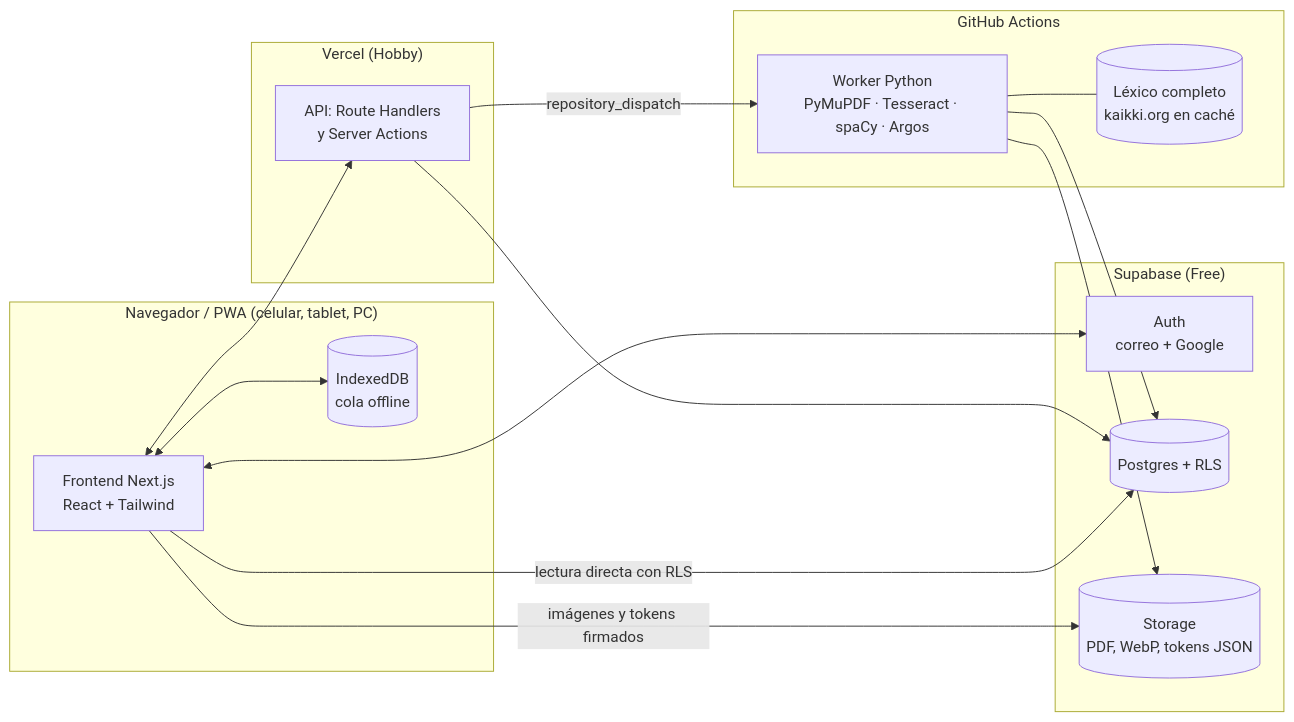
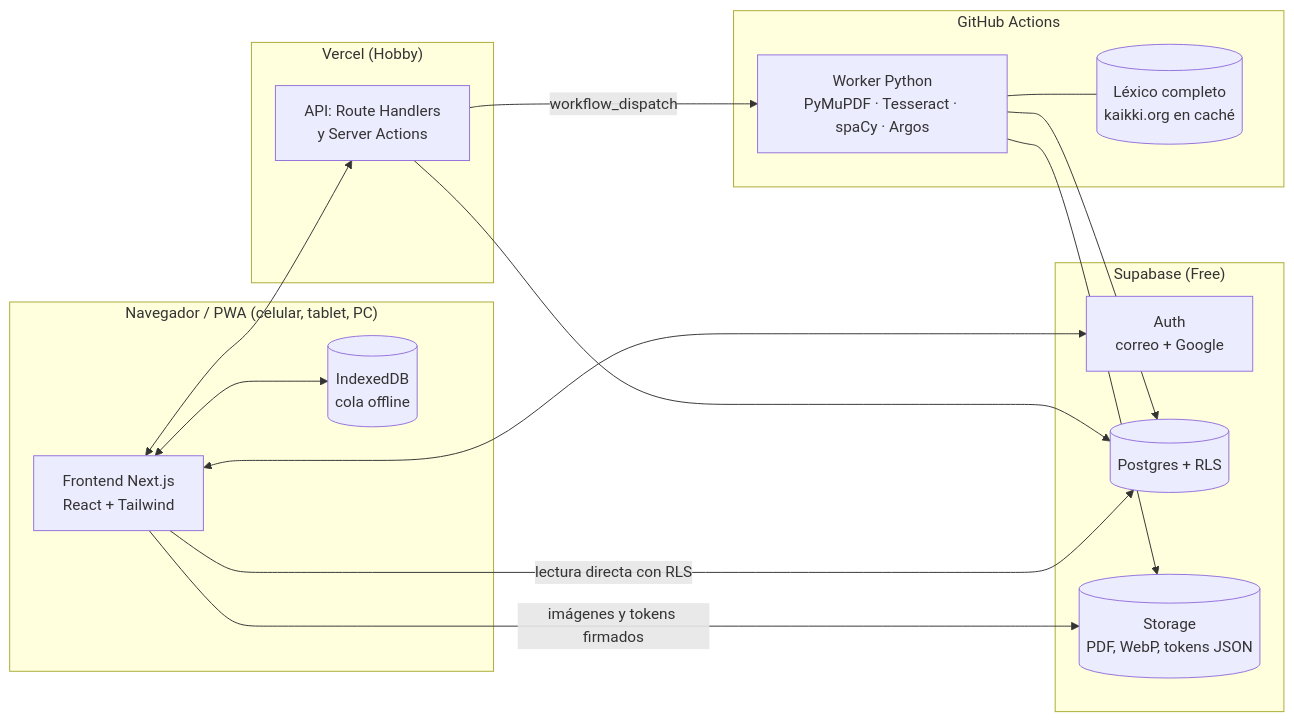
The diagram in docs/03-modulos-y-arquitectura.md (Ally2403/My-Deutsch), drawn with Mermaid before and after one commit. The commit also changed other lines of this file and 5 other files, not shown here.

Commit message:
RF-11: dispara process-book.yml con workflow_dispatch para que baste el permiso Actions del token (ADR-006)

````diff
--- a/docs/03-modulos-y-arquitectura.md
+++ b/docs/03-modulos-y-arquitectura.md
@@ -5,29 +5,29 @@
 ```mermaid
 flowchart LR
   subgraph Cliente["Navegador / PWA (celular, tablet, PC)"]
     UI[Frontend Next.js<br/>React + Tailwind]
     IDB[(IndexedDB<br/>cola offline)]
   end
   subgraph Vercel["Vercel (Hobby)"]
     API[API: Route Handlers<br/>y Server Actions]
   end
   subgraph Supabase["Supabase (Free)"]
     AUTH[Auth<br/>correo + Google]
     DB[(Postgres + RLS)]
     ST[(Storage<br/>PDF, WebP, tokens JSON)]
   end
   subgraph GHA["GitHub Actions"]
     W[Worker Python<br/>PyMuPDF · Tesseract · spaCy · Argos]
     LX[(Léxico completo<br/>kaikki.org en caché)]
   end
   UI <--> API
   UI <--> AUTH
   UI -- lectura directa con RLS --> DB
   UI -- imágenes y tokens firmados --> ST
   UI <--> IDB
   API --> DB
-  API -- repository_dispatch --> W
+  API -- workflow_dispatch --> W
   W --> ST
   W --> DB
   W --- LX
 ```
````
